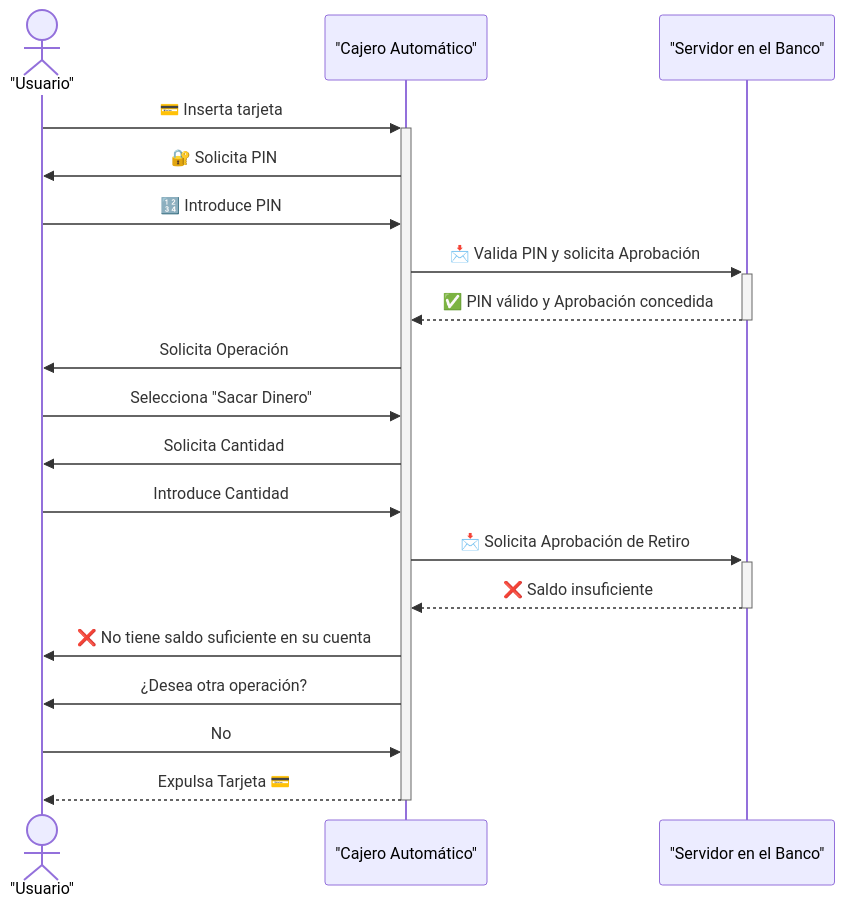
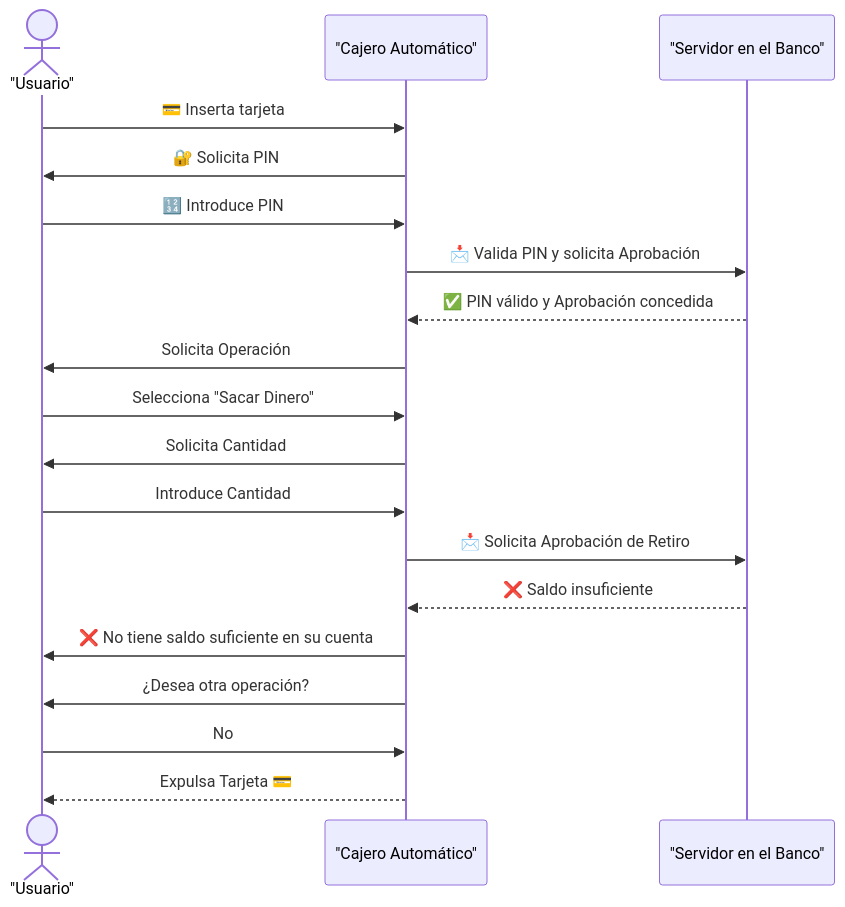
One commit to IvanciniGT/formacionUMLDTE changed the fifth of 6 diagrams in notas/dia1.md. Above: the diagram before and after it, drawn with Mermaid. The commit also changed other lines of this file and 8 other files, not shown here.

````diff
--- a/notas/dia1.md
+++ b/notas/dia1.md
@@ -261,21 +283,25 @@
 ```mermaid
 sequenceDiagram
-actor            U as "Usuario"
-participant      CA as "Cajero Automático"
-participant      S as "Servidor en el Banco"
-U  ->> +CA:      💳 Inserta tarjeta
-CA ->> U:        🔐 Solicita PIN
-U  ->> CA:       🔢 Introduce PIN
-CA ->> +S:       📩 Valida PIN y solicita Aprobación
-S  -->> -CA:     ✅ PIN válido y Aprobación concedida
-CA ->> U:        Solicita Operación
-U  ->> CA:       Selecciona "Sacar Dinero"
-CA ->> U:        Solicita Cantidad
-U  ->> CA:       Introduce Cantidad
-CA ->> +S:       📩 Solicita Aprobación de Retiro
-S  -->> -CA:     ❌ Saldo insuficiente
-CA ->> U:        ❌ No tiene saldo suficiente en su cuenta
-CA ->> U:        ¿Desea otra operación?
-U  ->> CA:       No
-CA -->> -U:      Expulsa Tarjeta 💳
+
+    actor U as "Usuario"
+    participant CA as "Cajero Automático"
+    participant S as "Servidor en el Banco"
+
+    U->>CA: 💳 Inserta tarjeta
+    CA->>U: 🔐 Solicita PIN
+    U->>CA: 🔢 Introduce PIN
+    CA->>S: 📩 Valida PIN y solicita Aprobación
+    S-->>CA: ✅ PIN válido y Aprobación concedida
+
+    CA->>U: Solicita Operación
+    U->>CA: Selecciona "Sacar Dinero"
+    CA->>U: Solicita Cantidad
+    U->>CA: Introduce Cantidad
+
+    CA->>S: 📩 Solicita Aprobación de Retiro
+    S-->>CA: ❌ Saldo insuficiente
+    CA->>U: ❌ No tiene saldo suficiente en su cuenta
+    CA->>U: ¿Desea otra operación?
+    U->>CA: No
+    CA-->>U: Expulsa Tarjeta 💳
 ```
````
